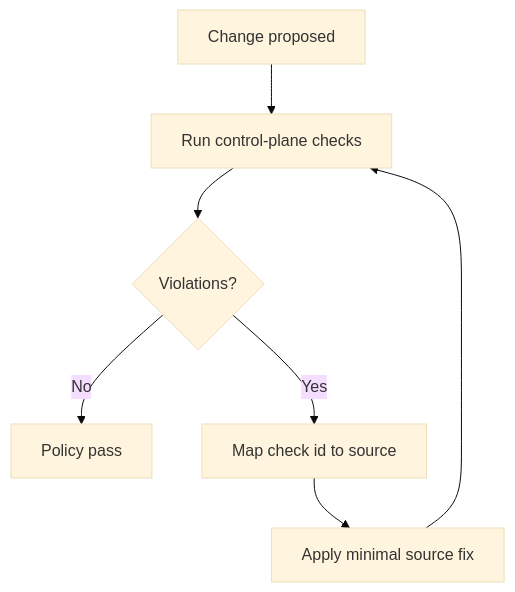
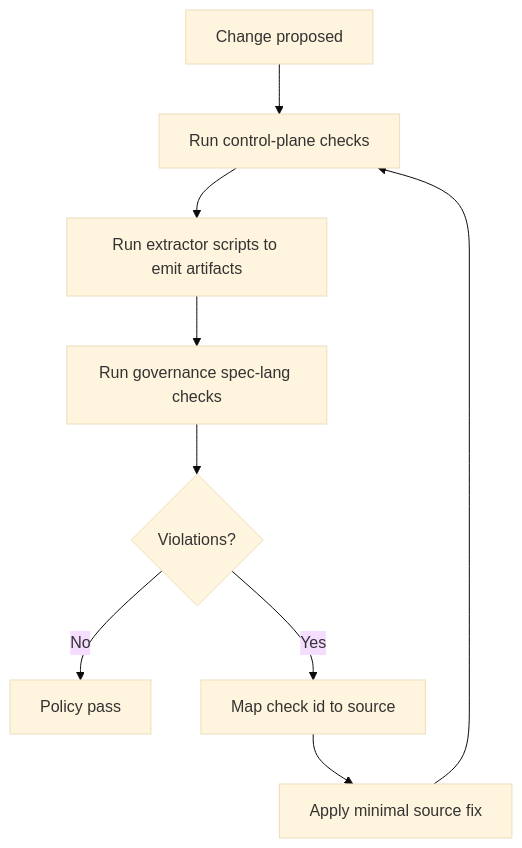
The diagram in docs/book/70_governance_and_quality.md (jonruttan/data-contracts), drawn with Mermaid (base theme) before and after one commit. The commit also changed other lines of this file and 274 other files, not shown here.

````diff
--- a/docs/book/70_governance_and_quality.md
+++ b/docs/book/70_governance_and_quality.md
@@ -47,9 +48,11 @@
 ```mermaid
 flowchart TD
   A[Change proposed] --> B[Run control-plane checks]
-  B --> C{Violations?}
+  B --> B1[Run extractor scripts to emit artifacts]
+  B1 --> B2[Run governance spec-lang checks]
+  B2 --> C{Violations?}
   C -->|No| D[Policy pass]
   C -->|Yes| E[Map check id to source]
   E --> F[Apply minimal source fix]
   F --> B
 ```
````
